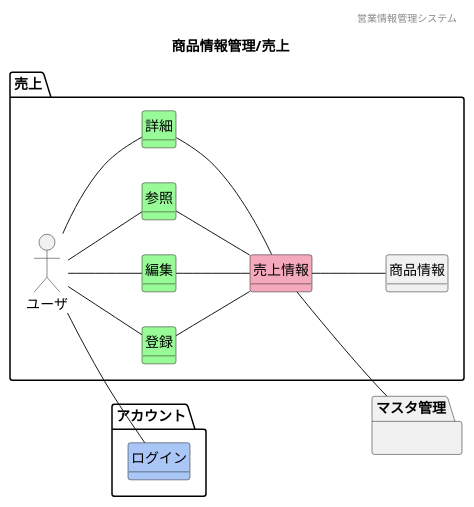
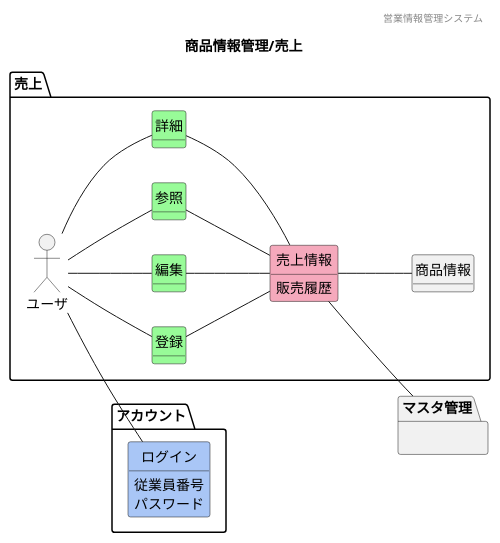
The diagram in 各種設計書/1ドメインモデル図/商品情報管理/F11売上.plantuml (HaruShim/Sotuken), drawn with PlantUML before and after one commit. The commit also changed 13 other files, not shown here.

```diff
--- a/各種設計書/1ドメインモデル図/商品情報管理/F11売上.plantuml
+++ b/各種設計書/1ドメインモデル図/商品情報管理/F11売上.plantuml
@@ -1,49 +1,59 @@
 @startuml images/商品情報管理/売上
 ' ヘッダー
 header 営業情報管理システム
 ' タイトル
 title 商品情報管理/売上
 ' 
 hide circle
 ' 
 hide method
 left to right direction
 
 package "アカウント"{
     class "ログイン" #A9C6F6
 }
 
 package "売上" {
     'ユーザや外部システム
     mix_actor "ユーザ"
     class "登録" #98fb98
     class "編集" #98fb98
     class "参照" #98fb98
     class "詳細" #98fb98
     class "売上情報" #F5A9BC
     class "商品情報"
 }
     package "マスタ管理"{
     }
     ' class "" #F5A9BC
     ' class "" #ffd700
 
     'モデル同士の関係
     ユーザ -- 参照
     ユーザ -- 登録
     ユーザ -- 編集
     ユーザ -- 詳細
     ユーザ -- ログイン
     参照 -- 売上情報
     登録 -- 売上情報
     編集 -- 売上情報
     詳細 -- 売上情報
     売上情報 -- 商品情報
     売上情報 -- マスタ管理
 
     'ドメインクラスの属性
+    ' 商品情報 : 型番
+    ' 商品情報 : 商品コード
+    ' 商品情報 : JANコード
+    ' 商品情報 : 商品画像
+    ' 商品情報 : 在庫場所
+    ' 商品情報 : カテゴリ
+    ' 商品情報 : 仕入価格
+    売上情報 : 販売履歴
+    ログイン : 従業員番号
+    ログイン : パスワード
 
 
 
 
 @enduml
```
